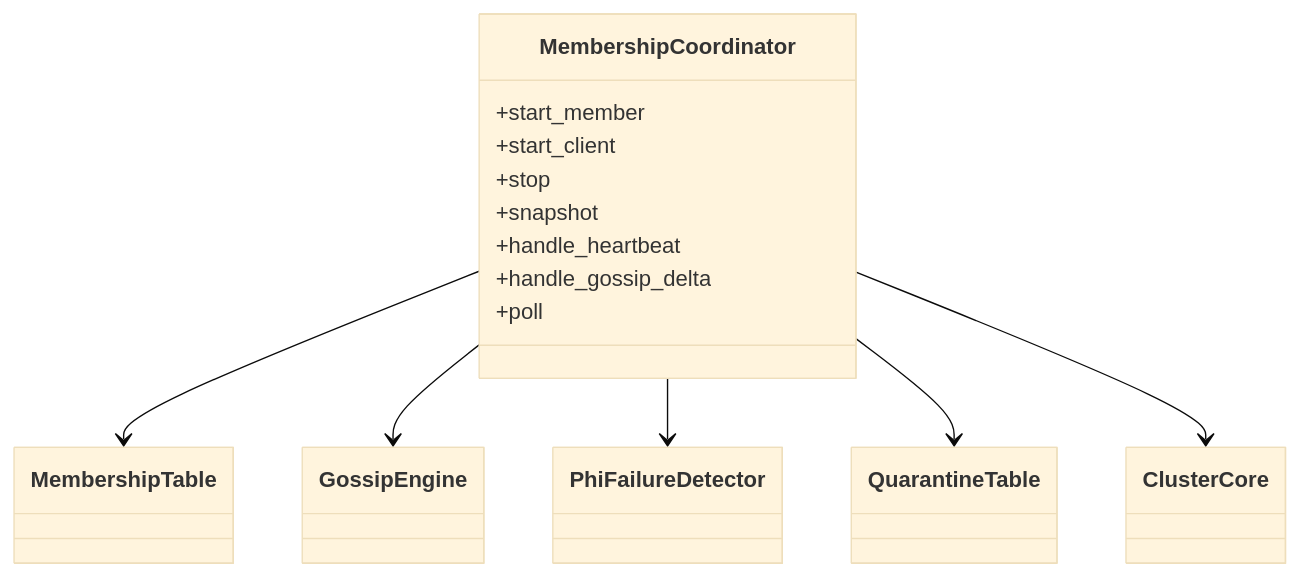
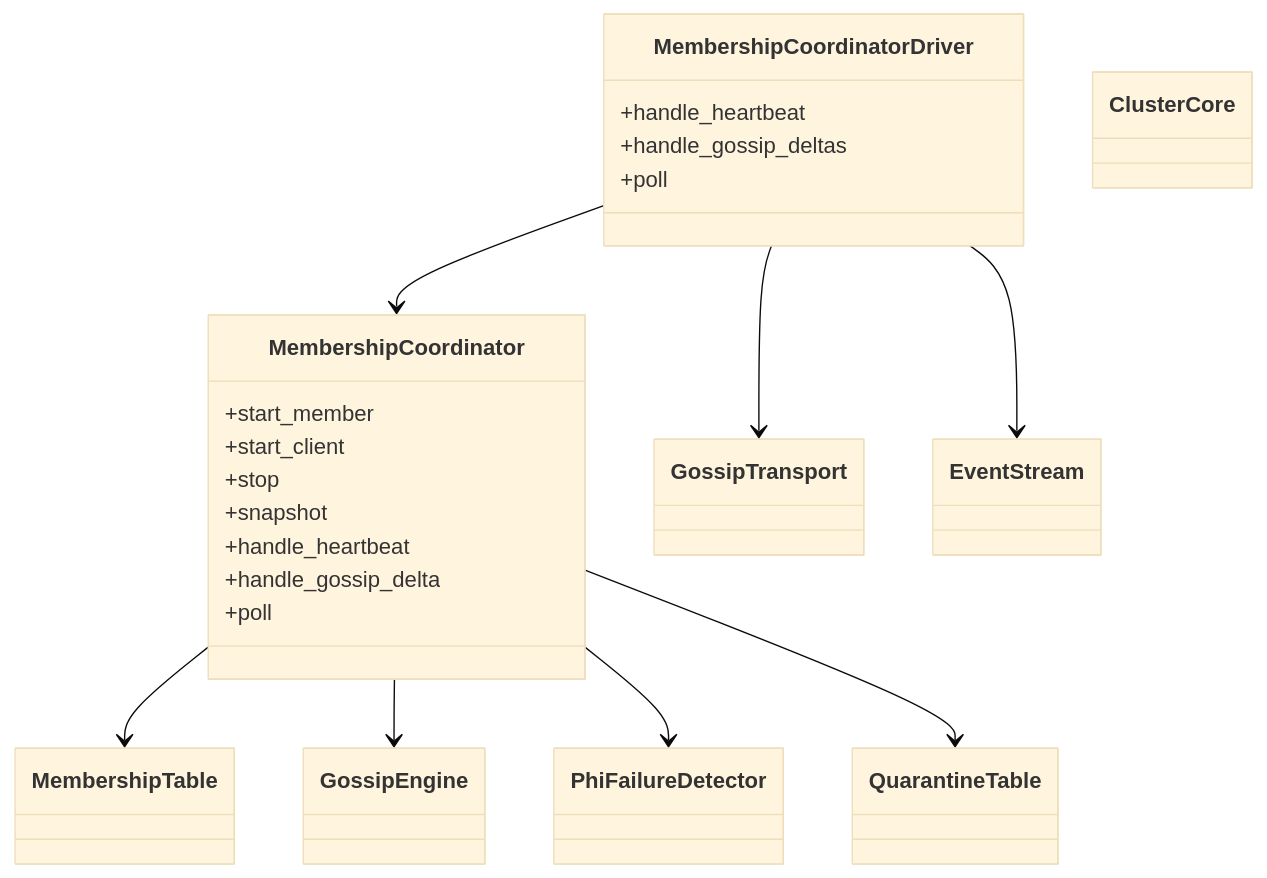
One commit to j5ik2o/fraktor-rs changed the fourth of 5 diagrams in .kiro/specs/cluster-membership-gossip-topology/design.md. Above: the diagram before and after it, drawn with Mermaid (base theme). The commit also changed other lines of this file, not shown here.

Commit message:
feat: refactor MembershipCoordinator and introduce MembershipCoordinatorDriver for improved event handling and separation of concerns

````diff
--- a/.kiro/specs/cluster-membership-gossip-topology/design.md
+++ b/.kiro/specs/cluster-membership-gossip-topology/design.md
@@ -226,23 +251,32 @@
 ```mermaid
 classDiagram
   class MembershipCoordinator {
     +start_member
     +start_client
     +stop
     +snapshot
     +handle_heartbeat
     +handle_gossip_delta
     +poll
   }
+  class MembershipCoordinatorDriver {
+    +handle_heartbeat
+    +handle_gossip_deltas
+    +poll
+  }
   class MembershipTable
   class GossipEngine
+  class GossipTransport
+  class EventStream
   class PhiFailureDetector
   class QuarantineTable
   class ClusterCore
 
+  MembershipCoordinatorDriver --> MembershipCoordinator
+  MembershipCoordinatorDriver --> GossipTransport
+  MembershipCoordinatorDriver --> EventStream
   MembershipCoordinator --> MembershipTable
   MembershipCoordinator --> GossipEngine
   MembershipCoordinator --> PhiFailureDetector
   MembershipCoordinator --> QuarantineTable
-  MembershipCoordinator --> ClusterCore
 ```
````
